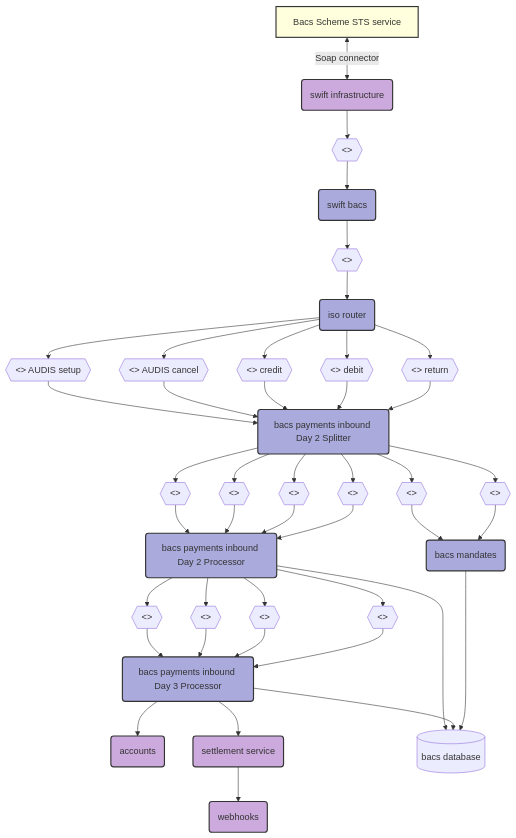
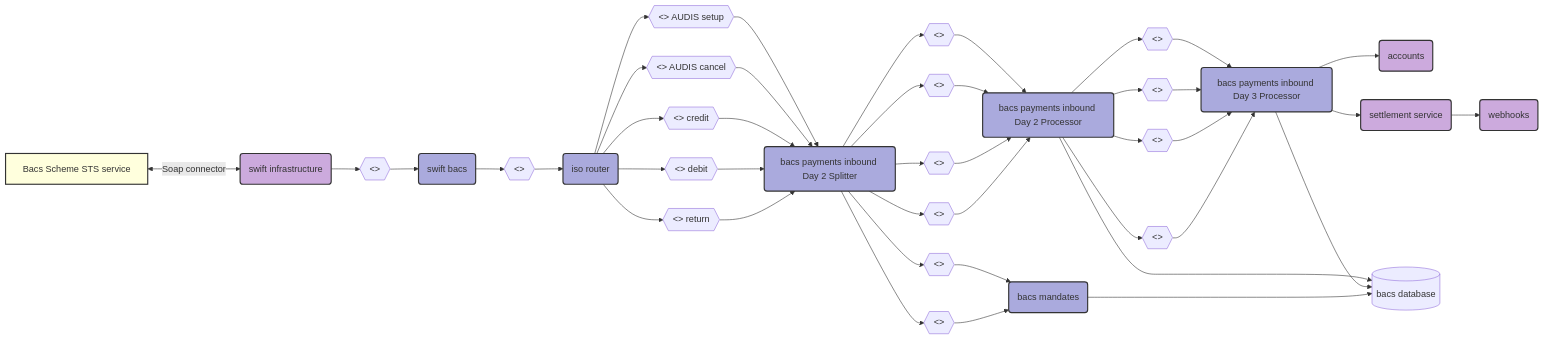
One commit to andrewjpoole/livedocs changed the first of 2 diagrams in ResourceDocumentations/bacs.md. Above: the diagram before and after it, drawn with Mermaid.

````diff
--- a/ResourceDocumentations/bacs.md
+++ b/ResourceDocumentations/bacs.md
@@ -24,5 +24,5 @@
 ```mermaid
-flowchart TD;
+flowchart LR;
     %% define nodes
     s[Bacs Scheme STS service]    
     si(swift infrastructure)
````
